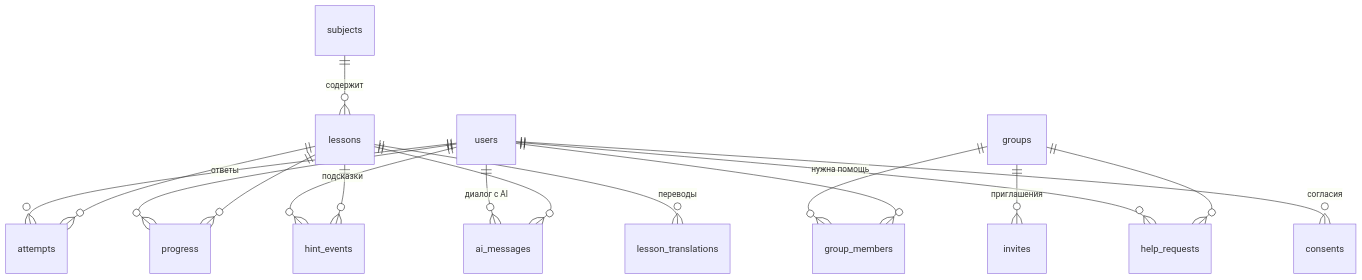
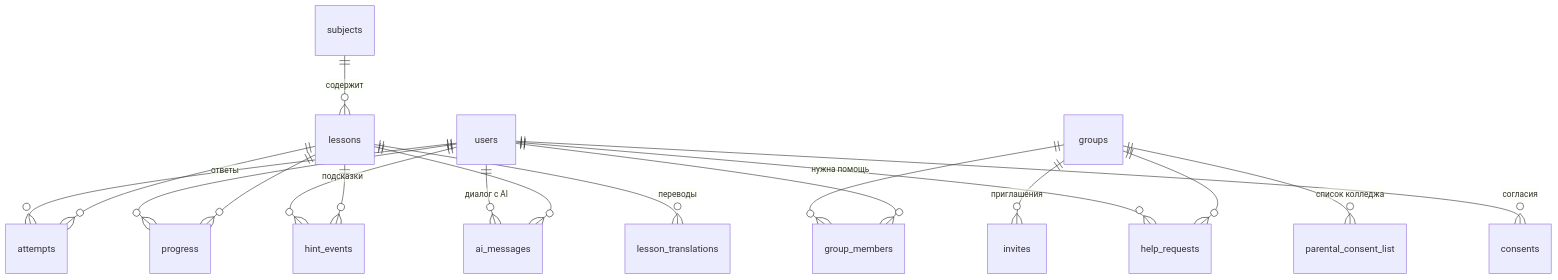
Before and after one commit to svlab27-web/college-tutor: the diagram in docs/database.md, drawn with Mermaid. The commit also changed other lines of this file and 2 other files, not shown here.

First line of the commit message:
db: 005 — согласие родителя от колледжа: бумага и список колледжа

````diff
--- a/docs/database.md
+++ b/docs/database.md
@@ -36,19 +36,20 @@
 ```mermaid
 erDiagram
     subjects ||--o{ lessons : "содержит"
     groups ||--o{ group_members : ""
     users ||--o{ group_members : ""
     groups ||--o{ invites : "приглашения"
     users ||--o{ attempts : "ответы"
     lessons ||--o{ attempts : ""
     users ||--o{ progress : ""
     lessons ||--o{ progress : ""
     users ||--o{ hint_events : "подсказки"
     lessons ||--o{ hint_events : ""
     users ||--o{ help_requests : "нужна помощь"
     groups ||--o{ help_requests : ""
     users ||--o{ consents : "согласия"
+    groups ||--o{ parental_consent_list : "список колледжа"
     users ||--o{ ai_messages : "диалог с AI"
     lessons ||--o{ ai_messages : ""
     lessons ||--o{ lesson_translations : "переводы"
 ```
````
